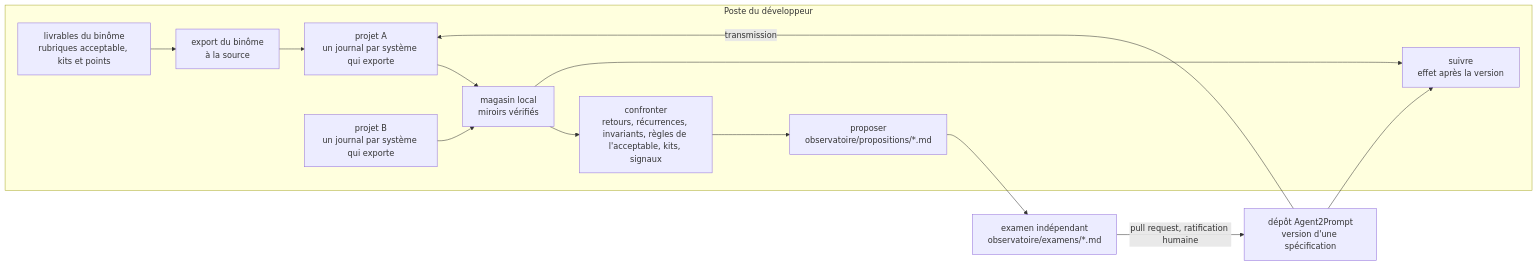
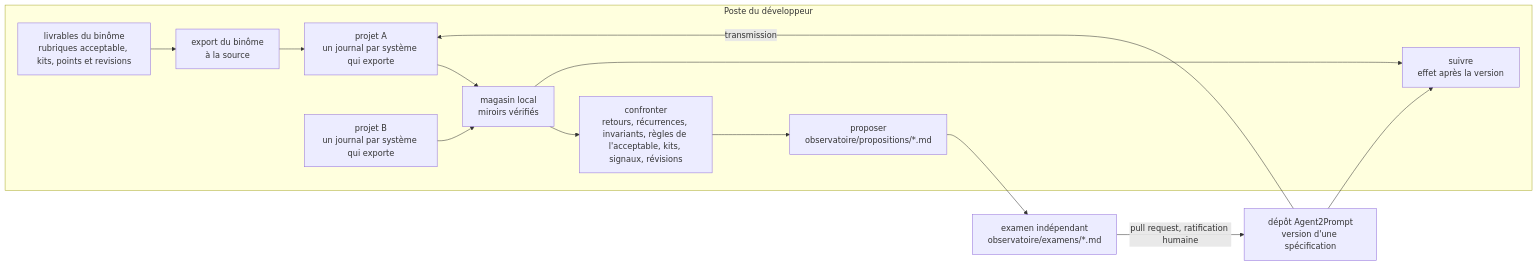
One commit to FredGarcia/Agent2Prompt changed the diagram in specs/observatoire/SKILL.md. Above: the diagram before and after it, drawn with Mermaid. The commit also changed other lines of this file and 96 other files, not shown here.

````diff
--- a/specs/observatoire/SKILL.md
+++ b/specs/observatoire/SKILL.md
@@ -24,16 +24,16 @@
 ```mermaid
 flowchart LR
   subgraph POSTE["Poste du développeur"]
-    L["livrables du binôme<br/>rubriques acceptable, kits et points"] --> X["export du binôme<br/>à la source"]
+    L["livrables du binôme<br/>rubriques acceptable, kits, points et revisions"] --> X["export du binôme<br/>à la source"]
     X --> A
     A["projet A<br/>un journal par système qui exporte"] --> M["magasin local<br/>miroirs vérifiés"]
     B["projet B<br/>un journal par système qui exporte"] --> M
-    M --> C["confronter<br/>retours, récurrences, invariants, règles de l'acceptable, kits, signaux"]
+    M --> C["confronter<br/>retours, récurrences, invariants, règles de l'acceptable, kits, signaux, révisions"]
     C --> P["proposer<br/>observatoire/propositions/*.md"]
     M --> S["suivre<br/>effet après la version"]
   end
   P --> E["examen indépendant<br/>observatoire/examens/*.md"]
   E -->|"pull request, ratification humaine"| D["dépôt Agent2Prompt<br/>version d'une spécification"]
   D -->|"transmission"| A
   D --> S
 ```
````
